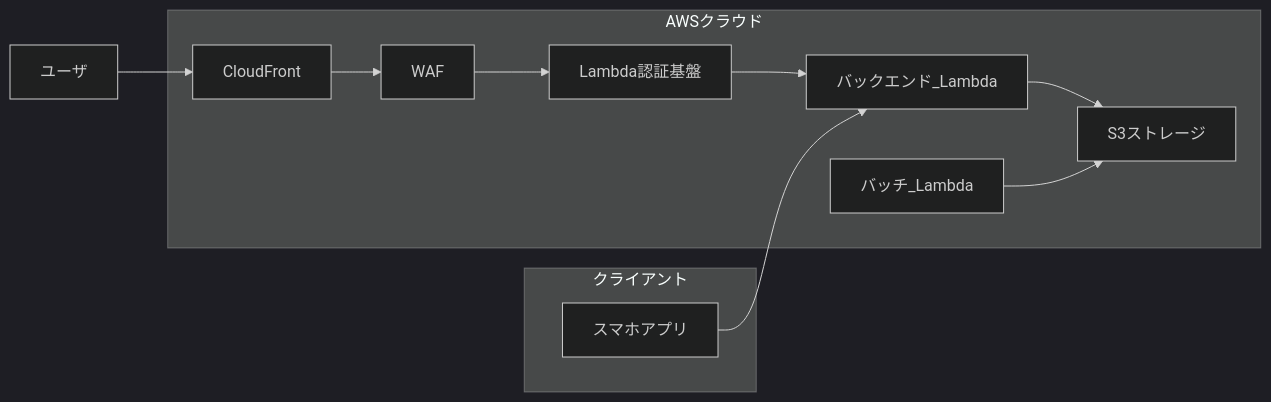
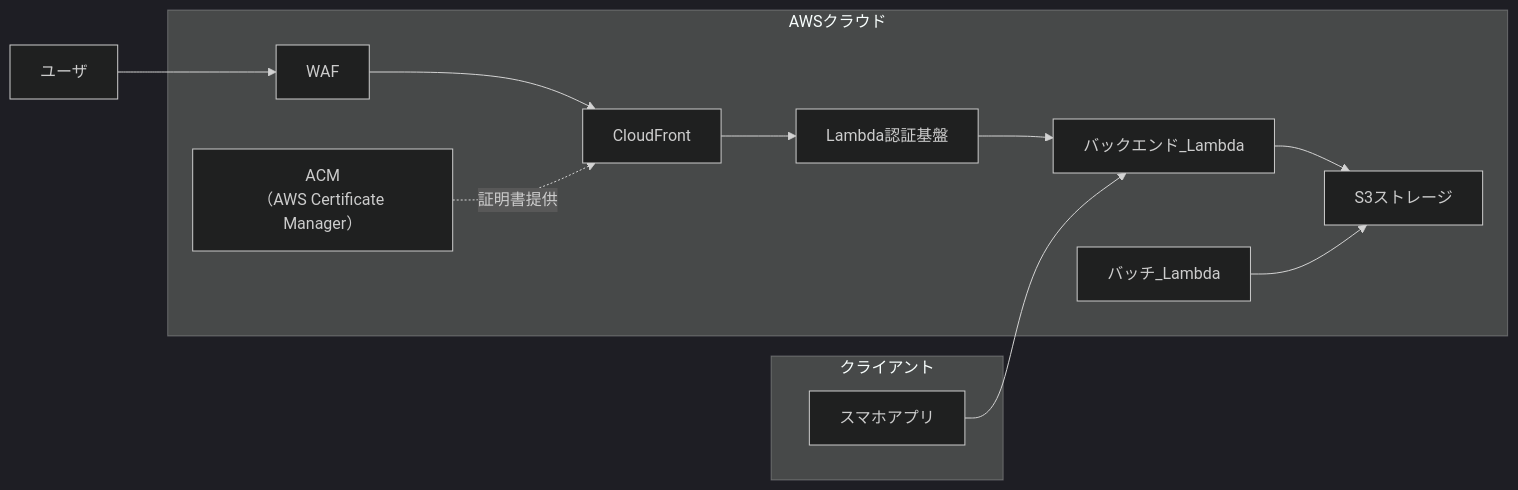
Before and after one commit to deidra-JP-windows/front-web-site-for-riften-terraform: the diagram in documents/ネットワーク構成図.md, drawn with Mermaid (dark theme). The commit also changed other lines of this file, not shown here.

Commit message:
[構成変更]_ネットワーク構成図修正

````diff
--- a/documents/ネットワーク構成図.md
+++ b/documents/ネットワーク構成図.md
@@ -1,21 +1,23 @@
 ```mermaid
 flowchart LR
   subgraph AWSクラウド
+    ACM[ACM\n（AWS Certificate Manager）]
     CF[CloudFront]
     WAF[WAF]
     L[Lambda認証基盤]
     BE[バックエンド_Lambda]
     BATCH[バッチ_Lambda]
     S3[S3ストレージ]
   end
-  User[ユーザ] --> CF
-  CF --> WAF
-  WAF --> L
+  User[ユーザ] --> WAF
+  WAF --> CF
+  ACM -. 証明書提供 .-> CF
+  CF --> L
   L --> BE
   BE --> S3
   BATCH --> S3
   subgraph クライアント
     APP[スマホアプリ]
   end
   APP --> BE
 ```
````
